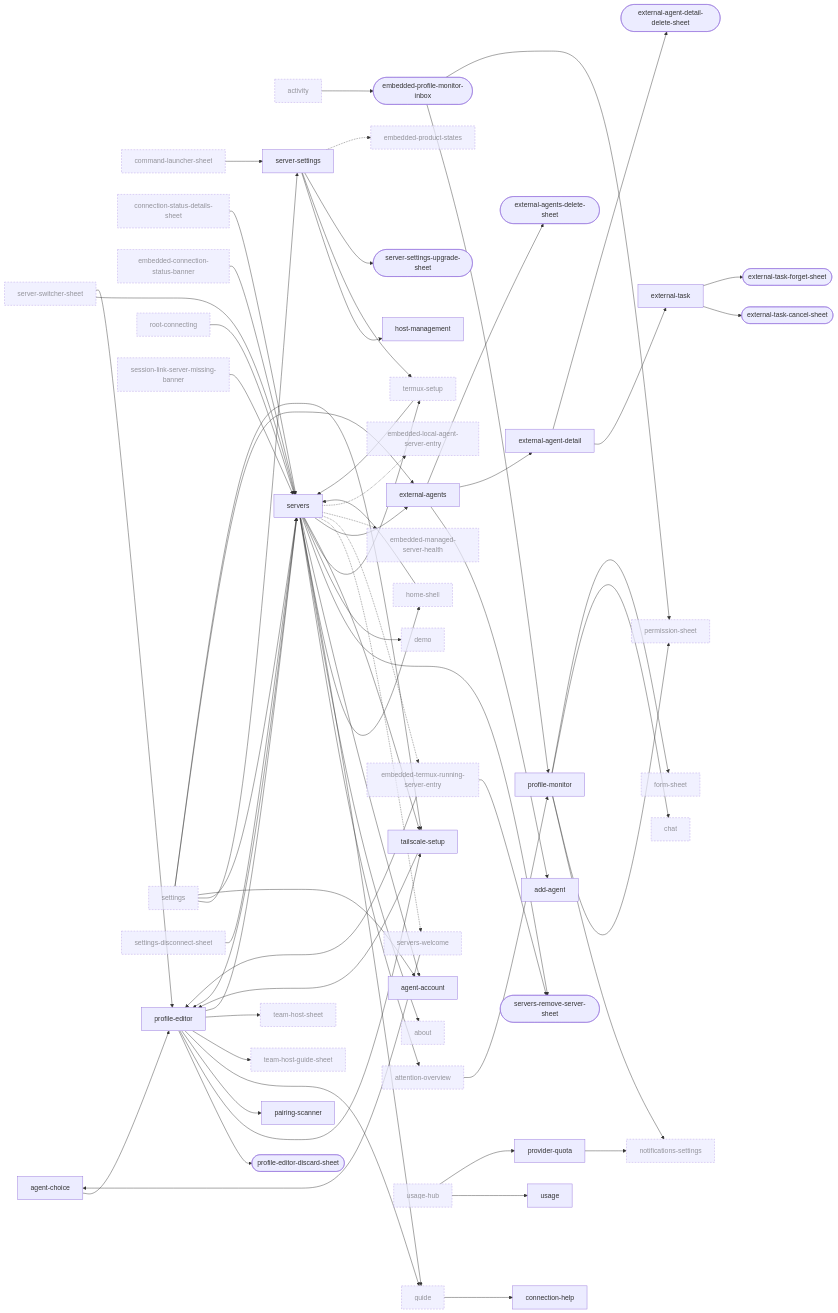
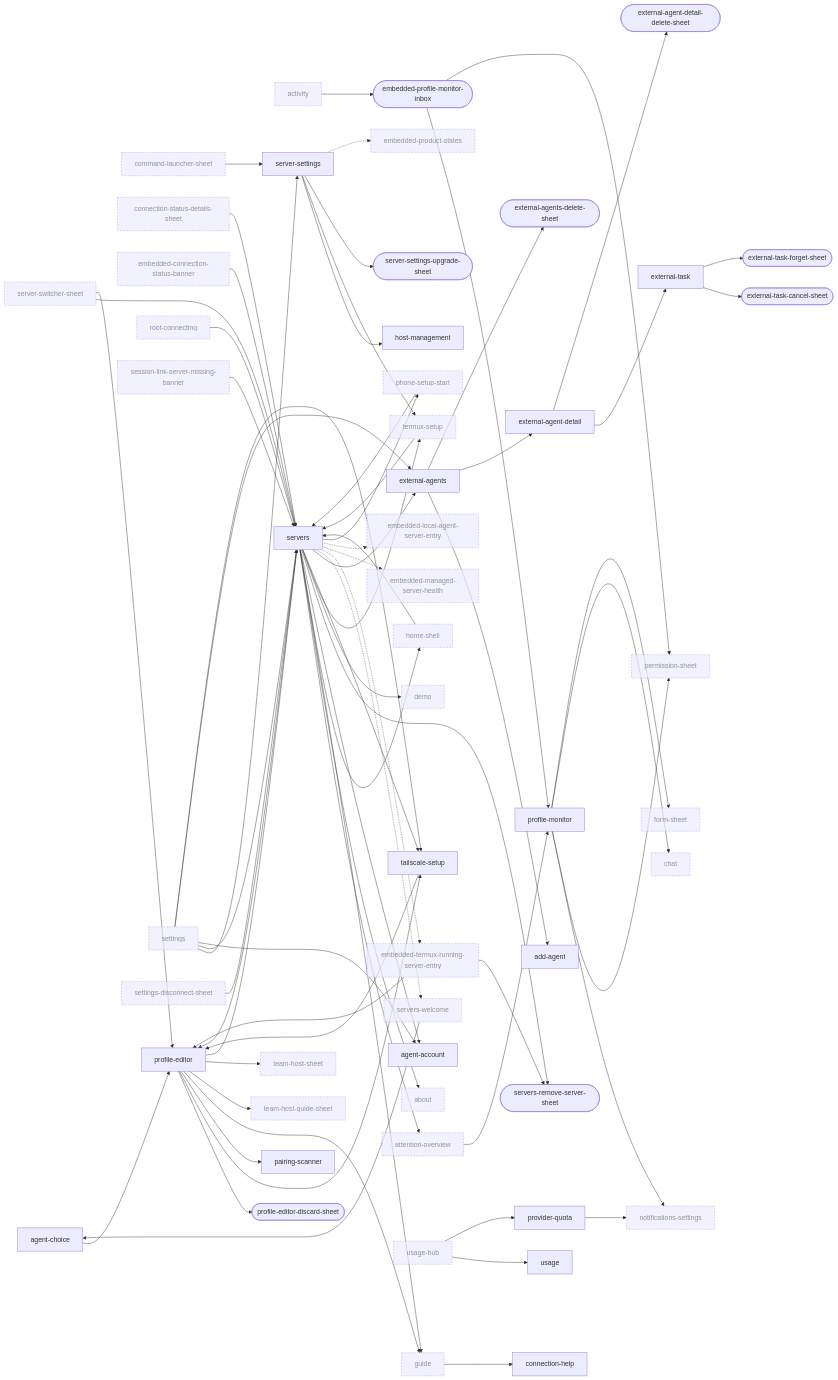
The fifth of 10 diagrams in docs/design/ui-ledger/navigation.md (Breskott/opencode-mobile-next), drawn with Mermaid before and after one commit. The commit also changed other lines of this file and 8 other files, not shown here.

First line of the commit message:
docs(ui-ledger): pages and helpers from the setup, AI Team, chat and phone-server merges; Claude Code page searchable [skip ci]

````diff
--- a/docs/design/ui-ledger/navigation.md
+++ b/docs/design/ui-ledger/navigation.md
@@ -703,6 +711,7 @@
   notifications_settings["notifications-settings"]:::ext
   pairing_scanner["pairing-scanner"]
   permission_sheet["permission-sheet"]:::ext
+  phone_setup_start["phone-setup-start"]:::ext
   profile_editor["profile-editor"]
   profile_editor_discard_sheet(["profile-editor-discard-sheet"])
   profile_monitor["profile-monitor"]
@@ -770,6 +779,7 @@
   provider_quota --> notifications_settings
   termux_setup --> servers
   embedded_termux_running_server_entry --> servers_remove_server_sheet
+  phone_setup_start --> servers
   settings --> server_settings
   settings --> servers
   settings --> agent_account
@@ -788,5 +798,6 @@
   servers -.-> embedded_termux_running_server_entry
   servers -.-> embedded_managed_server_health
   servers -.-> embedded_local_agent_server_entry
+  servers --> phone_setup_start
   classDef ext stroke-dasharray: 4 3,opacity:0.7
 ```
````
